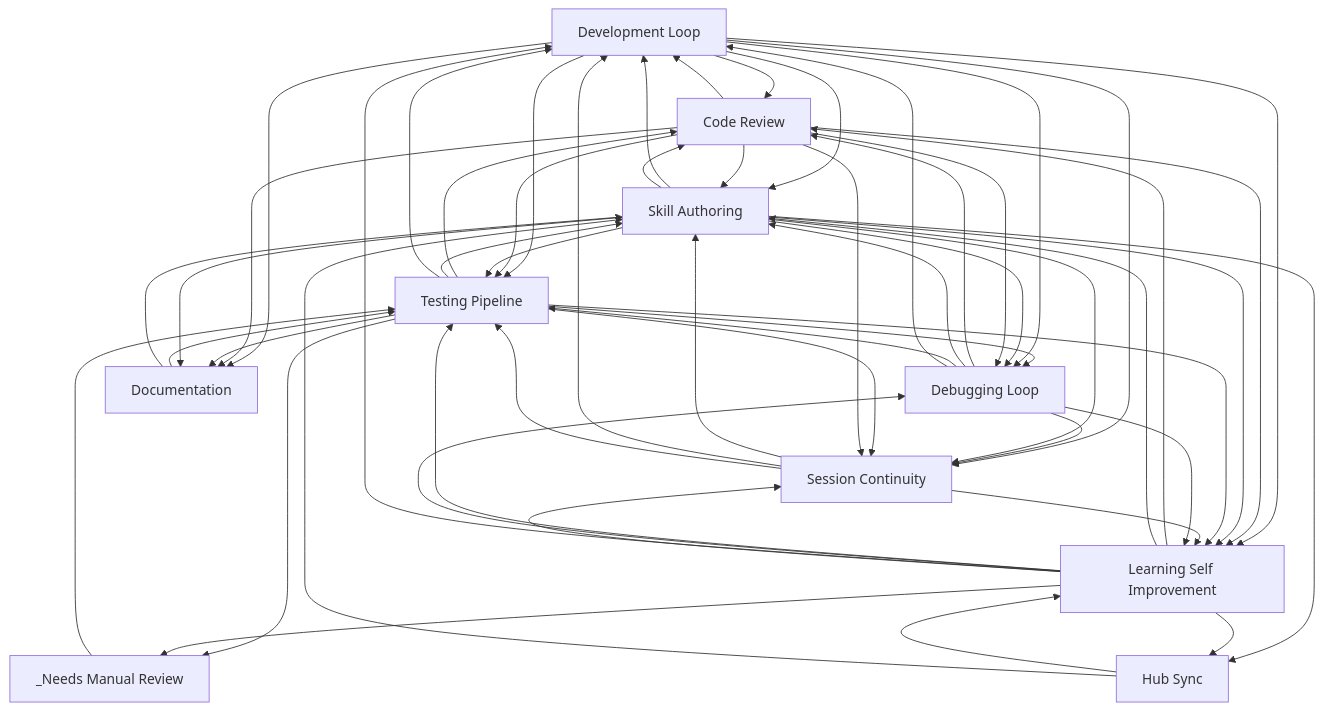
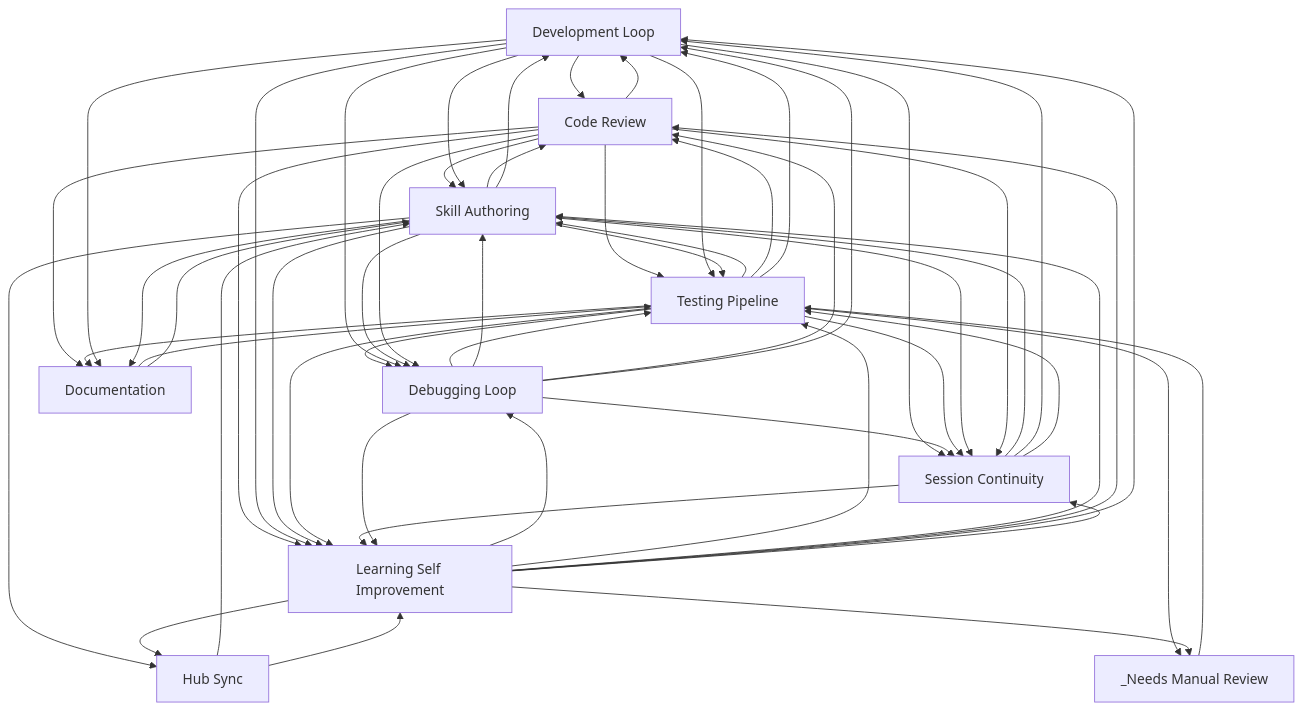
Before and after one commit to abhayla/claude-best-practices: the diagram in docs/workflows/INDEX.md, drawn with Mermaid. The commit also changed other lines of this file and 12 other files, not shown here.

````diff
--- a/docs/workflows/INDEX.md
+++ b/docs/workflows/INDEX.md
@@ -22,66 +22,66 @@
 ```mermaid
 graph TD
     development_loop[Development Loop]
     testing_pipeline[Testing Pipeline]
     debugging_loop[Debugging Loop]
     learning_self_improvement[Learning Self Improvement]
     session_continuity[Session Continuity]
     skill_authoring[Skill Authoring]
     code_review[Code Review]
     documentation[Documentation]
     hub_sync[Hub Sync]
     _needs_manual_review[_Needs Manual Review]
     documentation --> testing_pipeline
     documentation --> skill_authoring
+    code_review --> development_loop
+    code_review --> skill_authoring
     development_loop --> code_review
     development_loop --> skill_authoring
-    code_review --> development_loop
-    code_review --> skill_authoring
+    code_review --> testing_pipeline
+    code_review --> learning_self_improvement
     development_loop --> testing_pipeline
     development_loop --> learning_self_improvement
-    code_review --> testing_pipeline
-    code_review --> learning_self_improvement
+    testing_pipeline --> debugging_loop
+    testing_pipeline --> skill_authoring
     testing_pipeline --> code_review
-    testing_pipeline --> skill_authoring
-    testing_pipeline --> debugging_loop
     testing_pipeline --> development_loop
+    debugging_loop --> testing_pipeline
+    debugging_loop --> skill_authoring
     debugging_loop --> code_review
-    debugging_loop --> skill_authoring
-    debugging_loop --> testing_pipeline
     debugging_loop --> development_loop
     development_loop --> debugging_loop
+    skill_authoring --> code_review
     skill_authoring --> development_loop
-    skill_authoring --> code_review
     skill_authoring --> testing_pipeline
     skill_authoring --> learning_self_improvement
-    development_loop --> documentation
     code_review --> documentation
     testing_pipeline --> documentation
+    development_loop --> documentation
     development_loop --> session_continuity
     testing_pipeline --> _needs_manual_review
     debugging_loop --> session_continuity
+    testing_pipeline --> session_continuity
     skill_authoring --> session_continuity
-    testing_pipeline --> session_continuity
     skill_authoring --> debugging_loop
+    learning_self_improvement --> debugging_loop
+    learning_self_improvement --> testing_pipeline
+    learning_self_improvement --> skill_authoring
     learning_self_improvement --> code_review
-    learning_self_improvement --> skill_authoring
-    learning_self_improvement --> testing_pipeline
-    learning_self_improvement --> debugging_loop
     learning_self_improvement --> development_loop
     code_review --> debugging_loop
+    testing_pipeline --> learning_self_improvement
     code_review --> session_continuity
-    testing_pipeline --> learning_self_improvement
     learning_self_improvement --> session_continuity
+    session_continuity --> skill_authoring
     session_continuity --> learning_self_improvement
-    session_continuity --> skill_authoring
     session_continuity --> development_loop
     session_continuity --> testing_pipeline
     _needs_manual_review --> testing_pipeline
     skill_authoring --> hub_sync
     debugging_loop --> learning_self_improvement
     learning_self_improvement --> hub_sync
     learning_self_improvement --> _needs_manual_review
+    hub_sync --> skill_authoring
     hub_sync --> learning_self_improvement
-    hub_sync --> skill_authoring
     skill_authoring --> documentation
 ```
````
